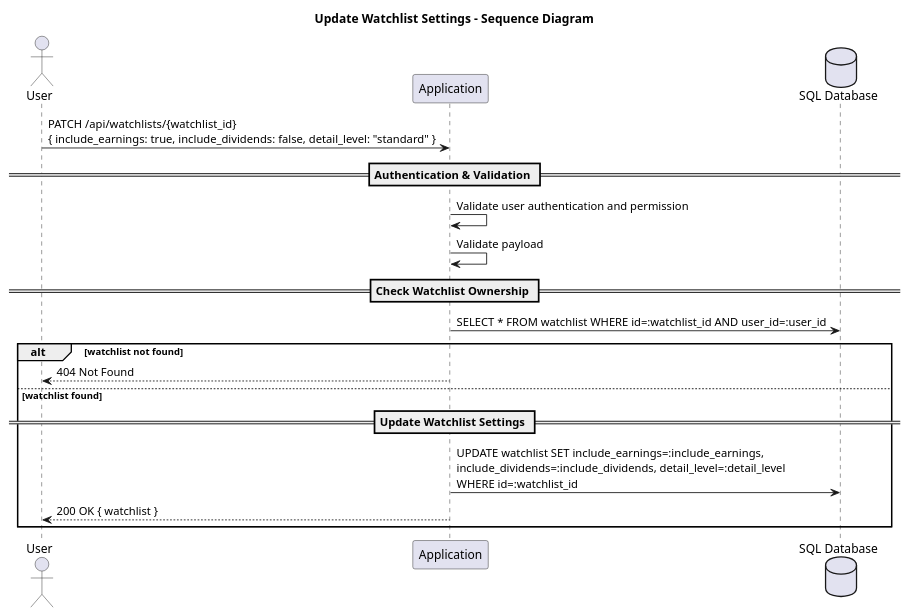
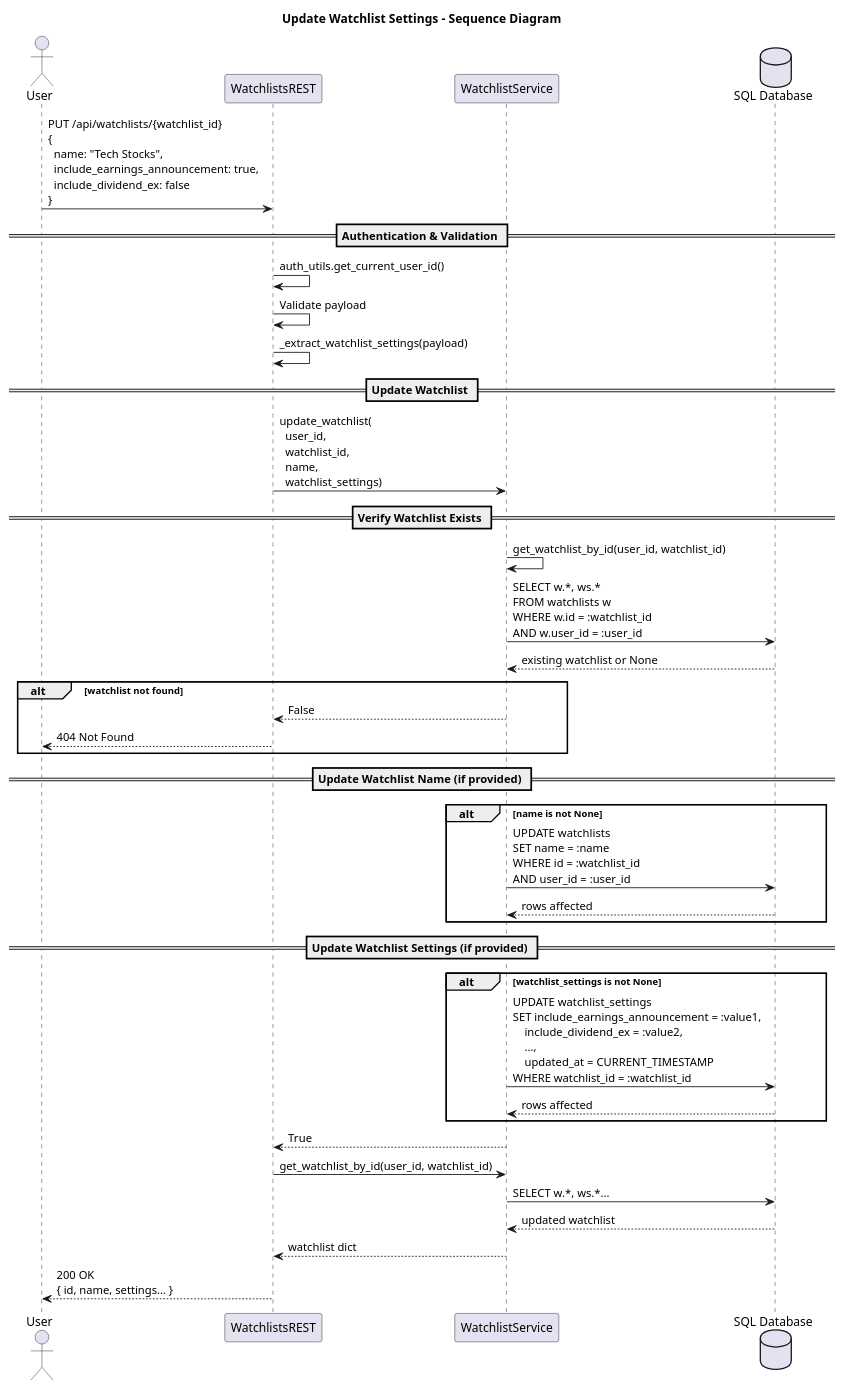
Before and after one commit to PhilippXXY/ticker-cal-tracker: the diagram in docs/uml/sequence_diagram_update_watchlist_settings.puml, drawn with PlantUML. The commit also changed 16 other files, not shown here.

Commit message:
Update UML diagrams to reflect current codebase

```diff
--- a/docs/uml/sequence_diagram_update_watchlist_settings.puml
+++ b/docs/uml/sequence_diagram_update_watchlist_settings.puml
@@ -1,24 +1,48 @@
 @startuml sequence_diagram_update_watchlist_settings
 title Update Watchlist Settings - Sequence Diagram
 
 actor User
-participant "Application" as APP
+participant "WatchlistsREST" as REST
+participant "WatchlistService" as SVC
 database "SQL Database" as DB
 
-User -> APP: PATCH /api/watchlists/{watchlist_id}\n{ include_earnings: true, include_dividends: false, detail_level: "standard" }
+User -> REST: PUT /api/watchlists/{watchlist_id}\n{\n  name: "Tech Stocks",\n  include_earnings_announcement: true,\n  include_dividend_ex: false\n}
 
 == Authentication & Validation ==
-APP -> APP: Validate user authentication and permission
-APP -> APP: Validate payload
+REST -> REST: auth_utils.get_current_user_id()
+REST -> REST: Validate payload
+REST -> REST: _extract_watchlist_settings(payload)
 
-== Check Watchlist Ownership ==
-APP -> DB: SELECT * FROM watchlist WHERE id=:watchlist_id AND user_id=:user_id
+== Update Watchlist ==
+REST -> SVC: update_watchlist(\n  user_id,\n  watchlist_id,\n  name,\n  watchlist_settings)
+
+== Verify Watchlist Exists ==
+SVC -> SVC: get_watchlist_by_id(user_id, watchlist_id)
+SVC -> DB: SELECT w.*, ws.*\nFROM watchlists w\nWHERE w.id = :watchlist_id\nAND w.user_id = :user_id
+DB --> SVC: existing watchlist or None
 
 alt watchlist not found
-  APP --> User: 404 Not Found
-else watchlist found
-  == Update Watchlist Settings ==
-  APP -> DB: UPDATE watchlist SET include_earnings=:include_earnings,\ninclude_dividends=:include_dividends, detail_level=:detail_level\nWHERE id=:watchlist_id
-  APP --> User: 200 OK { watchlist }
+  SVC --> REST: False
+  REST --> User: 404 Not Found
 end
+
+== Update Watchlist Name (if provided) ==
+alt name is not None
+  SVC -> DB: UPDATE watchlists\nSET name = :name\nWHERE id = :watchlist_id\nAND user_id = :user_id
+  DB --> SVC: rows affected
+end
+
+== Update Watchlist Settings (if provided) ==
+alt watchlist_settings is not None
+  SVC -> DB: UPDATE watchlist_settings\nSET include_earnings_announcement = :value1,\n    include_dividend_ex = :value2,\n    ...,\n    updated_at = CURRENT_TIMESTAMP\nWHERE watchlist_id = :watchlist_id
+  DB --> SVC: rows affected
+end
+
+SVC --> REST: True
+REST -> SVC: get_watchlist_by_id(user_id, watchlist_id)
+SVC -> DB: SELECT w.*, ws.*...
+DB --> SVC: updated watchlist
+SVC --> REST: watchlist dict
+REST --> User: 200 OK\n{ id, name, settings... }
+
 @enduml
```
